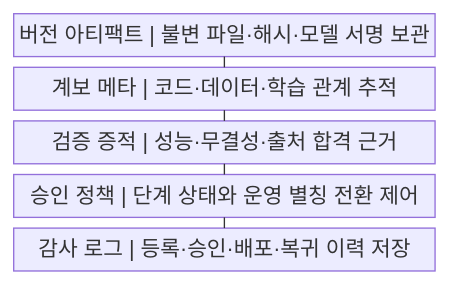
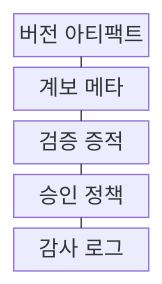
Before and after one commit to agnusdei1207/knowledge-base: the first of 2 diagrams in src/content/docs/notes/03-software/205_model_registry.md, drawn with Mermaid. The commit also changed other lines of this file and 238 other files, not shown here.

````diff
--- a/src/content/docs/notes/03-software/205_model_registry.md
+++ b/src/content/docs/notes/03-software/205_model_registry.md
@@ -55,13 +55,13 @@
 ```mermaid
-block
+block-beta
     columns 1
-    A["버전 아티팩트 | 불변 파일·해시·모델 서명 보관"]
-    B["계보 메타 | 코드·데이터·학습 관계 추적"]
-    C["검증 증적 | 성능·무결성·출처 합격 근거"]
-    D["승인 정책 | 단계 상태와 운영 별칭 전환 제어"]
-    E["감사 로그 | 등록·승인·배포·복귀 이력 저장"]
+    A["버전 아티팩트"]
+    B["계보 메타"]
+    C["검증 증적"]
+    D["승인 정책"]
+    E["감사 로그"]
     A --- B
     B --- C
     C --- D
     D --- E
 ```
````
